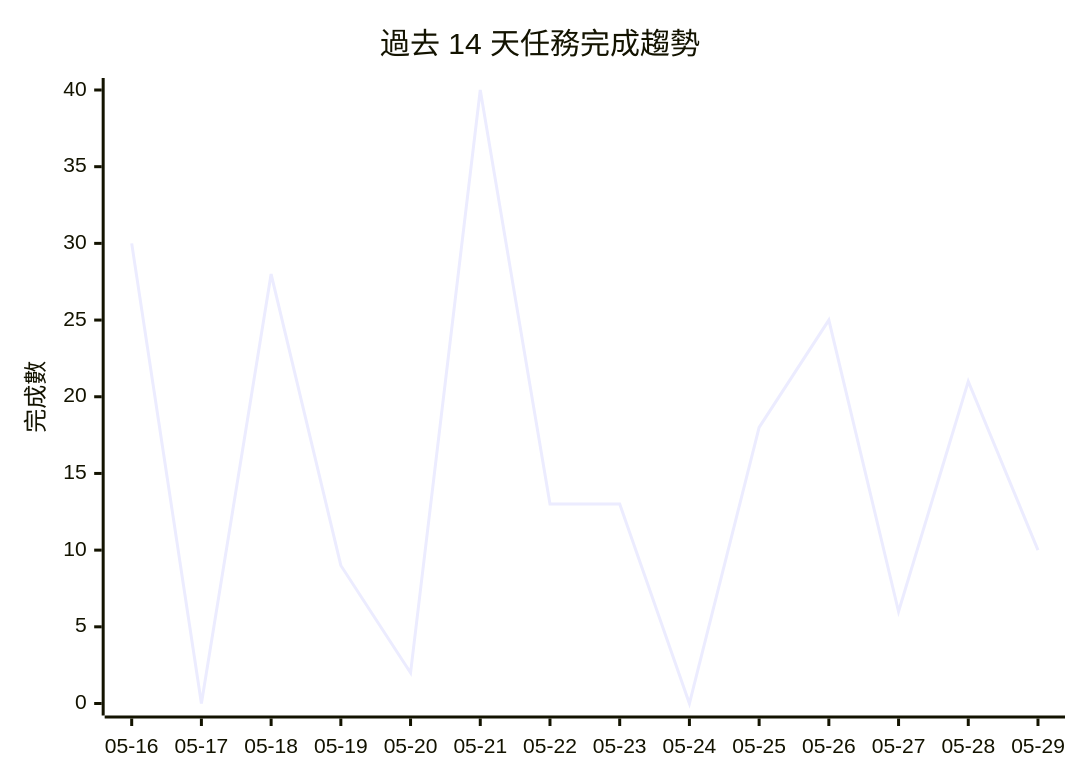
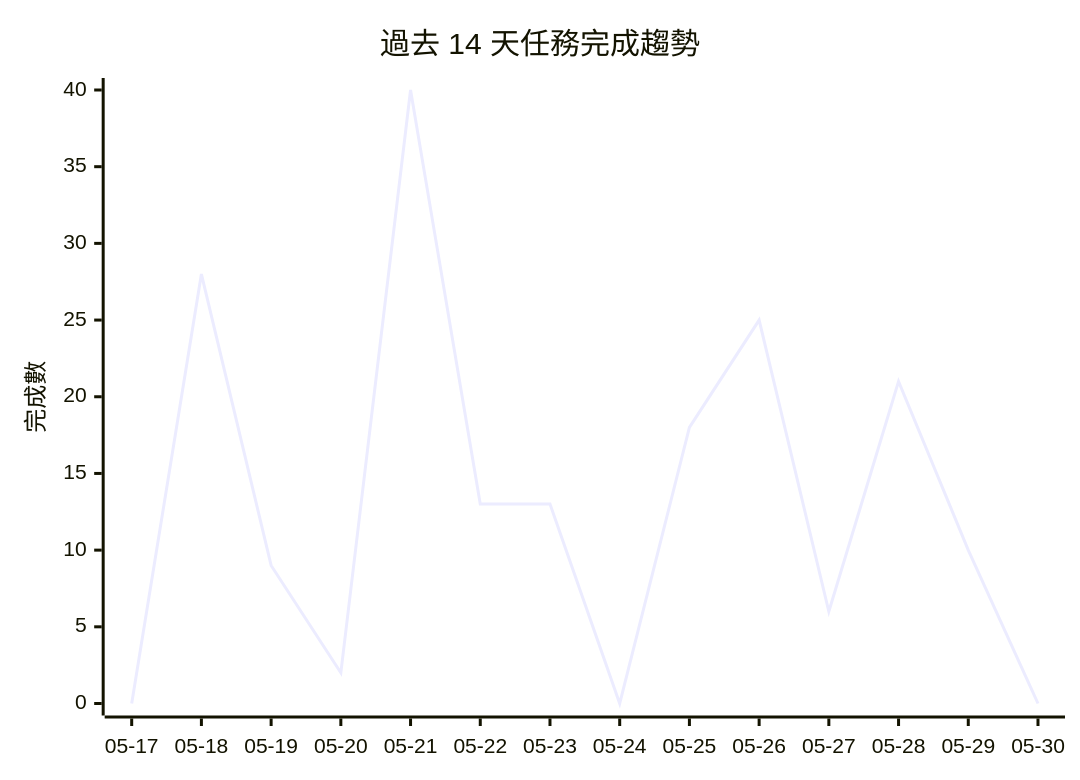
The diagram in README.md (openclawchen8-lgtm/openclawchen8-lgtm), drawn with Mermaid before and after one commit. The commit also changed other lines of this file, not shown here.

````diff
--- a/README.md
+++ b/README.md
@@ -148,7 +150,7 @@
 ```mermaid
 xychart-beta
     title "過去 14 天任務完成趨勢"
-    x-axis ["05-16", "05-17", "05-18", "05-19", "05-20", "05-21", "05-22", "05-23", "05-24", "05-25", "05-26", "05-27", "05-28", "05-29"]
+    x-axis ["05-17", "05-18", "05-19", "05-20", "05-21", "05-22", "05-23", "05-24", "05-25", "05-26", "05-27", "05-28", "05-29", "05-30"]
     y-axis "完成數" 0 --> 40
-    line [30, 0, 28, 9, 2, 40, 13, 13, 0, 18, 25, 6, 21, 10]
+    line [0, 28, 9, 2, 40, 13, 13, 0, 18, 25, 6, 21, 10, 0]
 ```
````
